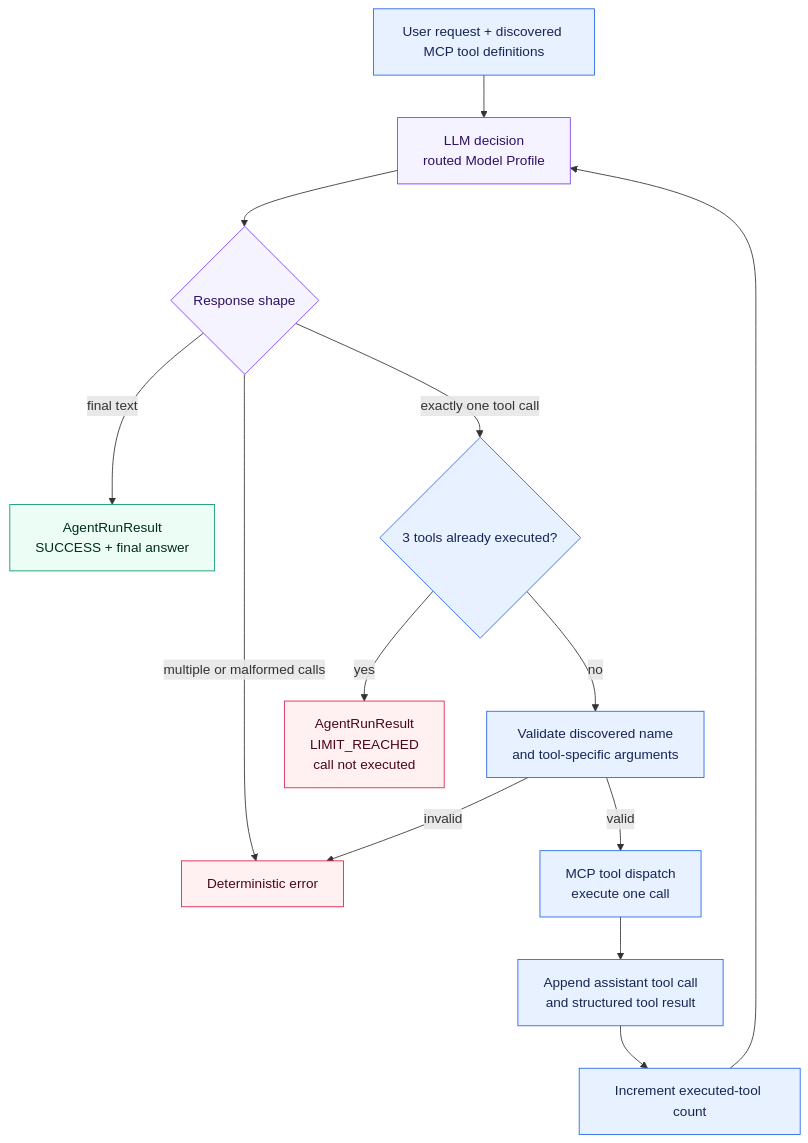
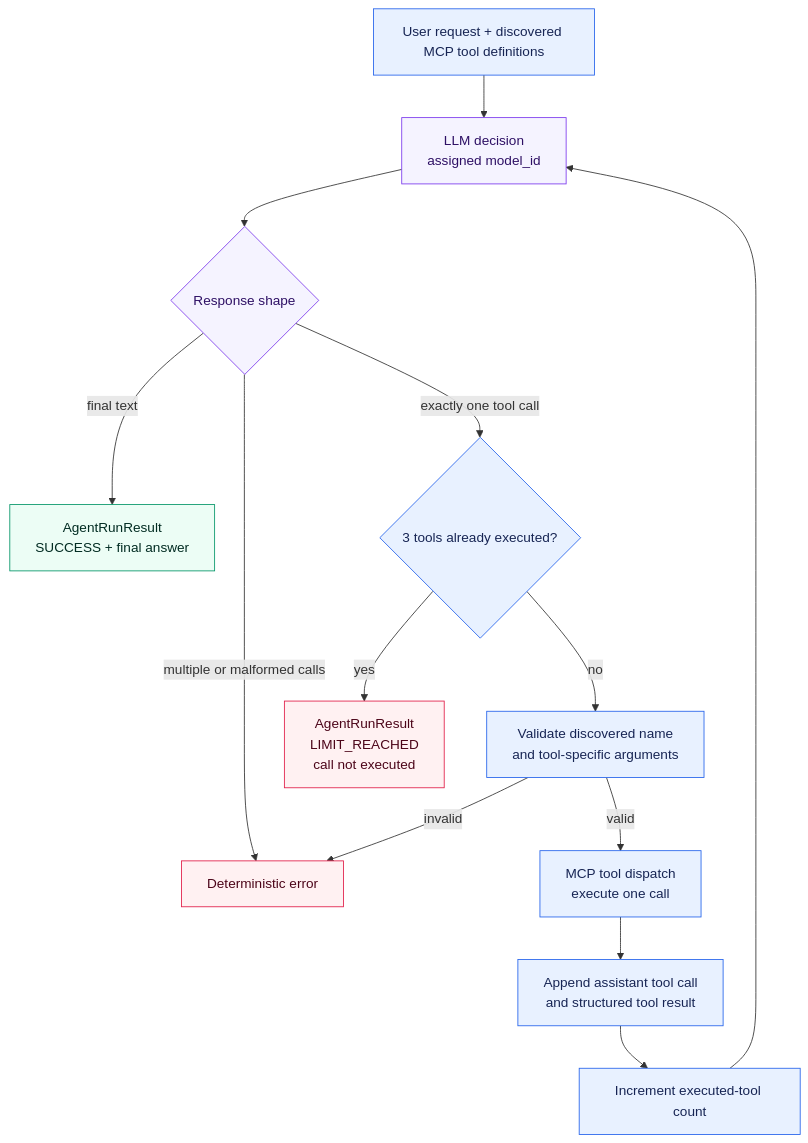
The ninth of 20 diagrams in docs/architecture/overview.md (aboerzel/industrial-ai-agent), drawn with Mermaid before and after one commit. The commit also changed other lines of this file and 68 other files, not shown here.

````diff
--- a/docs/architecture/overview.md
+++ b/docs/architecture/overview.md
@@ -620,24 +614,24 @@
 ```mermaid
 flowchart TD
-    Start["User request + discovered MCP tool definitions"] --> Decide["LLM decision<br/>routed Model Profile"]
+    Start["User request + discovered MCP tool definitions"] --> Decide["LLM decision<br/>assigned model_id"]
     Decide --> Shape{"Response shape"}
     Shape -->|"final text"| Success["AgentRunResult<br/>SUCCESS + final answer"]
     Shape -->|"multiple or malformed calls"| Invalid["Deterministic error"]
     Shape -->|"exactly one tool call"| Budget{"3 tools already executed?"}
     Budget -->|"yes"| Limit["AgentRunResult<br/>LIMIT_REACHED<br/>call not executed"]
     Budget -->|"no"| Validate["Validate discovered name<br/>and tool-specific arguments"]
     Validate -->|"invalid"| Invalid
     Validate -->|"valid"| Dispatch["MCP tool dispatch<br/>execute one call"]
     Dispatch --> Observe["Append assistant tool call<br/>and structured tool result"]
     Observe --> Count["Increment executed-tool count"]
     Count --> Decide
 
     classDef llm fill:#f5f3ff,stroke:#7c3aed,color:#2e1065
     classDef deterministic fill:#e8f1ff,stroke:#2563eb,color:#172554
     classDef success fill:#ecfdf5,stroke:#059669,color:#022c22
     classDef failure fill:#fff1f2,stroke:#e11d48,color:#4c0519
     class Decide,Shape llm
     class Start,Budget,Validate,Dispatch,Observe,Count deterministic
     class Success success
     class Invalid,Limit failure
 ```
````
